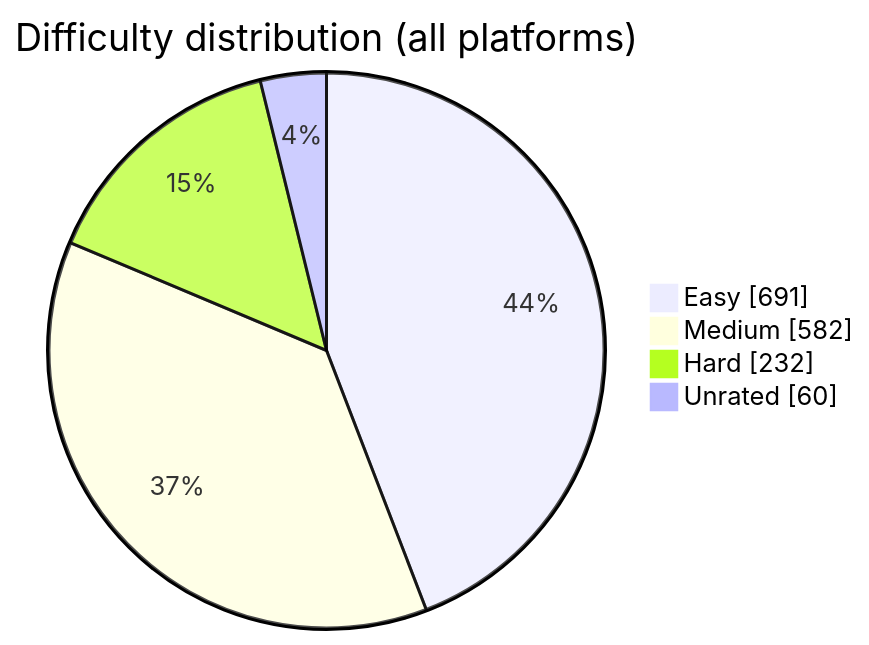
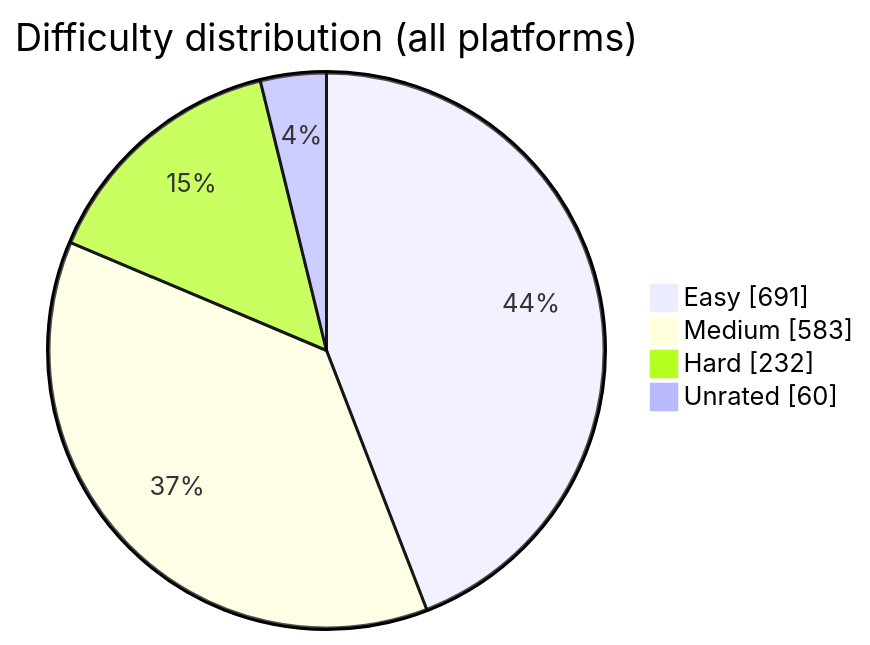
The diagram in README.md (BuildbyArindam/Daily-Coding-Log), drawn with Mermaid before and after one commit. The commit also changed other lines of this file, not shown here.

````diff
--- a/README.md
+++ b/README.md
@@ -93,7 +93,7 @@
 ```mermaid
 pie showData title Difficulty distribution (all platforms)
     "Easy" : 691
-    "Medium" : 582
+    "Medium" : 583
     "Hard" : 232
     "Unrated" : 60
 ```
````
